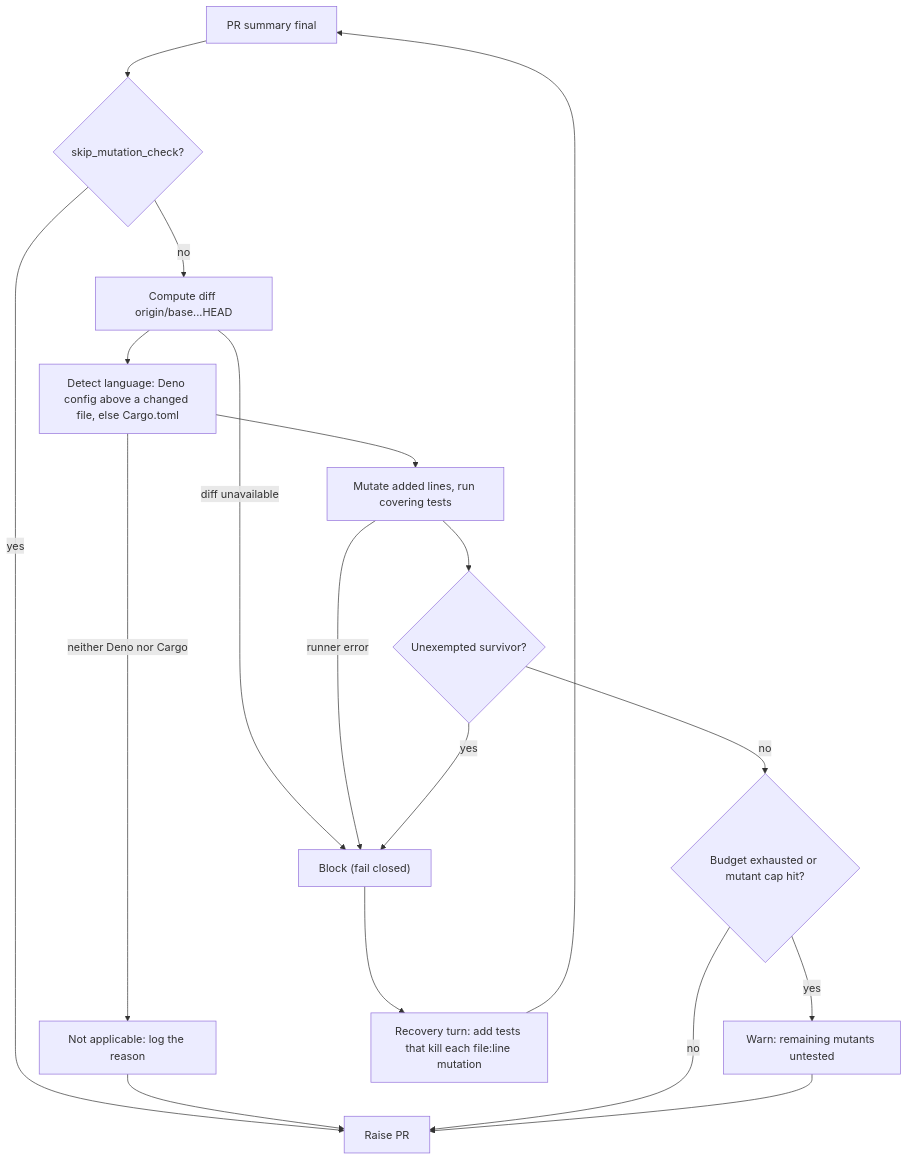
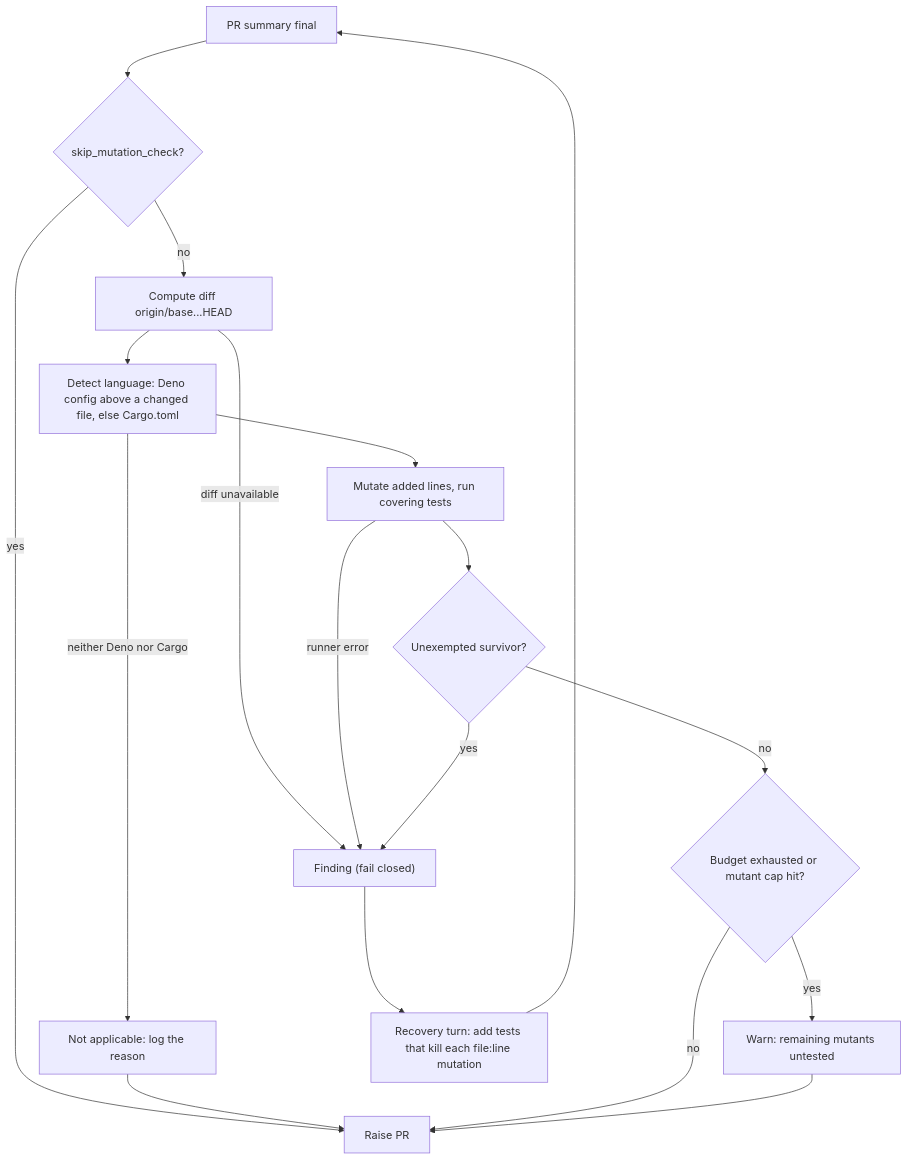
One commit to stSoftwareAU/VibeCoder changed the first of 2 diagrams in docs/mutation-check.md. Above: the diagram before and after it, drawn with Mermaid. The commit also changed other lines of this file and 20 other files, not shown here.

````diff
--- a/docs/mutation-check.md
+++ b/docs/mutation-check.md
@@ -27,20 +29,20 @@
 ```mermaid
 flowchart TD
     A["PR summary final"] --> B{"skip_mutation_check?"}
     B -- yes --> Z["Raise PR"]
     B -- no --> D["Compute diff origin/base...HEAD"]
-    D -- "diff unavailable" --> X["Block (fail closed)"]
+    D -- "diff unavailable" --> X["Finding (fail closed)"]
     D --> C["Detect language: Deno config above a changed file, else Cargo.toml"]
     C -- "neither Deno nor Cargo" --> N["Not applicable: log the reason"]
     N --> Z
     C --> E["Mutate added lines, run covering tests"]
     E -- "runner error" --> X
     E --> F{"Unexempted survivor?"}
     F -- yes --> X
     F -- no --> G{"Budget exhausted or mutant cap hit?"}
     G -- yes --> W["Warn: remaining mutants untested"]
     G -- no --> Z
     W --> Z
     X --> R["Recovery turn: add tests that kill each file:line mutation"]
     R --> A
 ```
````
